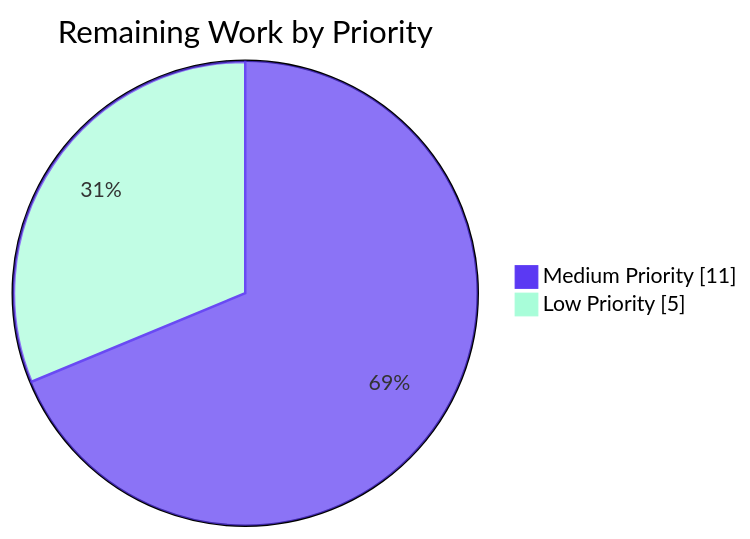
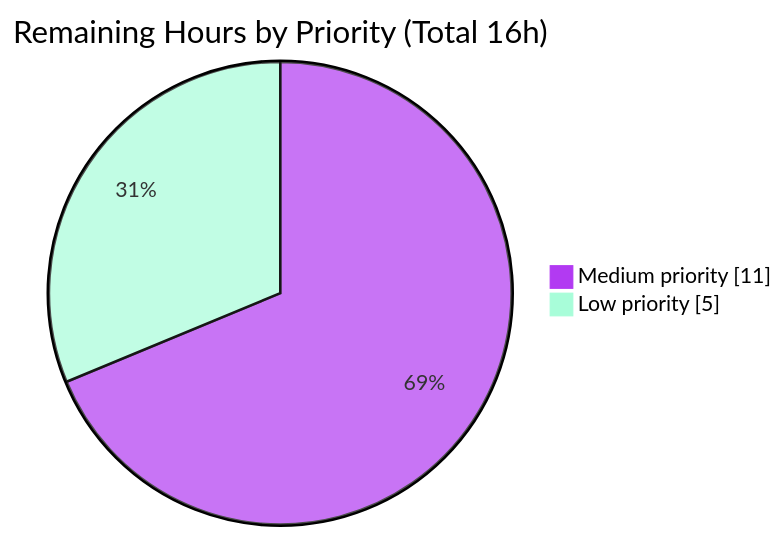
The fourth of 4 diagrams in blitzy/documentation/Project Guide.md (Blitzy-Sandbox/blitzy-localgcp), drawn with Mermaid before and after one commit. The commit also changed other lines of this file, not shown here.

Commit message:
Adding Blitzy Project Guide: Project Status and Human Tasks Remaining

````diff
--- a/blitzy/documentation/Project Guide.md
+++ b/blitzy/documentation/Project Guide.md
@@ -283,6 +335,6 @@
 ```mermaid
-%%{init: {'themeVariables': {'pie1': '#5B39F3', 'pie2': '#A8FDD9', 'pie3': '#FFFFFF', 'pieStrokeColor': '#5B39F3'}}}%%
-pie showData title Remaining Work by Priority
-    "Medium Priority" : 11
-    "Low Priority" : 5
+%%{init: {'themeVariables': {'pie1':'#B23AF2','pie2':'#A8FDD9'}}}%%
+pie showData title Remaining Hours by Priority (Total 16h)
+    "Medium priority" : 11
+    "Low priority" : 5
 ```
````
